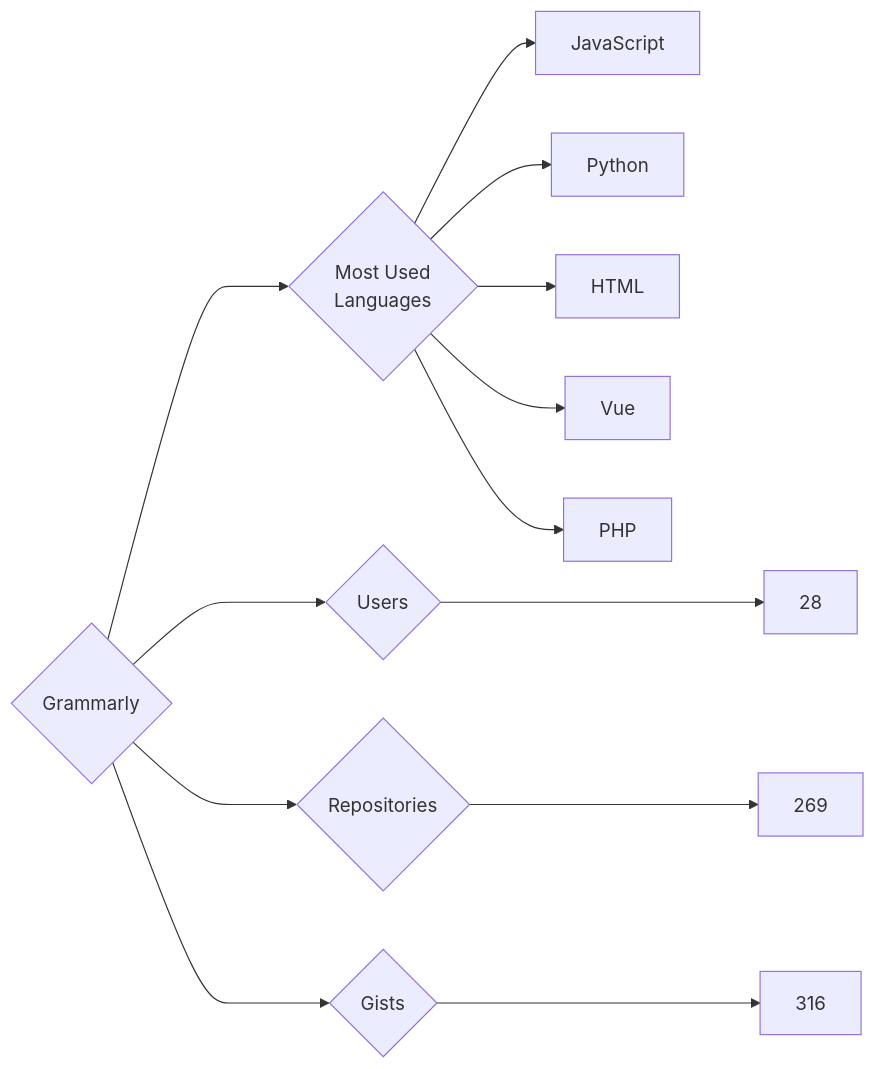
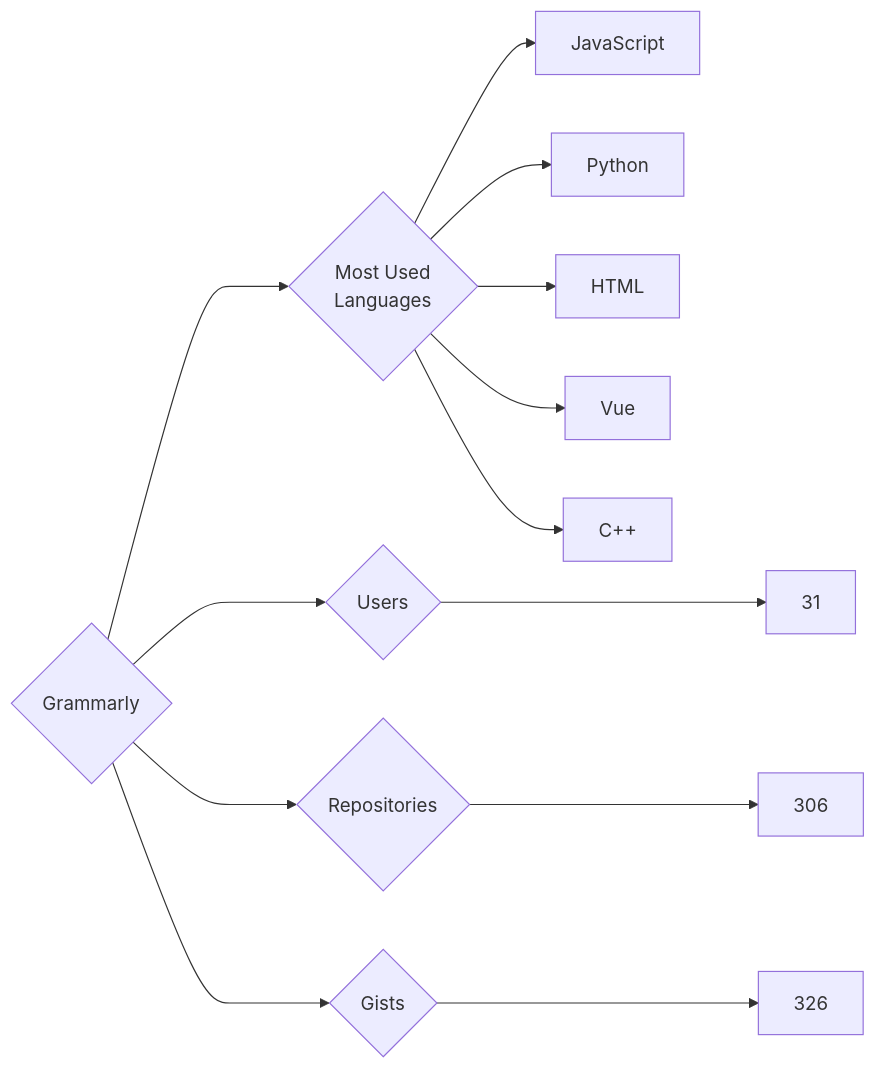
Before and after one commit to trickest/insiders: the diagram in targets/Grammarly/README.md, drawn with Mermaid. The commit also changed 629 other files, not shown here.

````diff
--- a/targets/Grammarly/README.md
+++ b/targets/Grammarly/README.md
@@ -3,13 +3,13 @@
 ```mermaid
 graph LR
 COMPANY_NAME{Grammarly}
-COMPANY_NAME ---> U{Users} ---> UN[28]
-COMPANY_NAME ---> R{Repositories} ---> RN[269]
-COMPANY_NAME ---> G{Gists} ---> GN[316]
+COMPANY_NAME ---> U{Users} ---> UN[31]
+COMPANY_NAME ---> R{Repositories} ---> RN[306]
+COMPANY_NAME ---> G{Gists} ---> GN[326]
 COMPANY_NAME ---> ML{Most Used<br>Languages}
 ML --> JavaScript[JavaScript]
 ML --> Python[Python]
 ML --> HTML[HTML]
 ML --> Vue[Vue]
-ML --> PHP[PHP]
+ML --> C++[C++]
 ```
````
